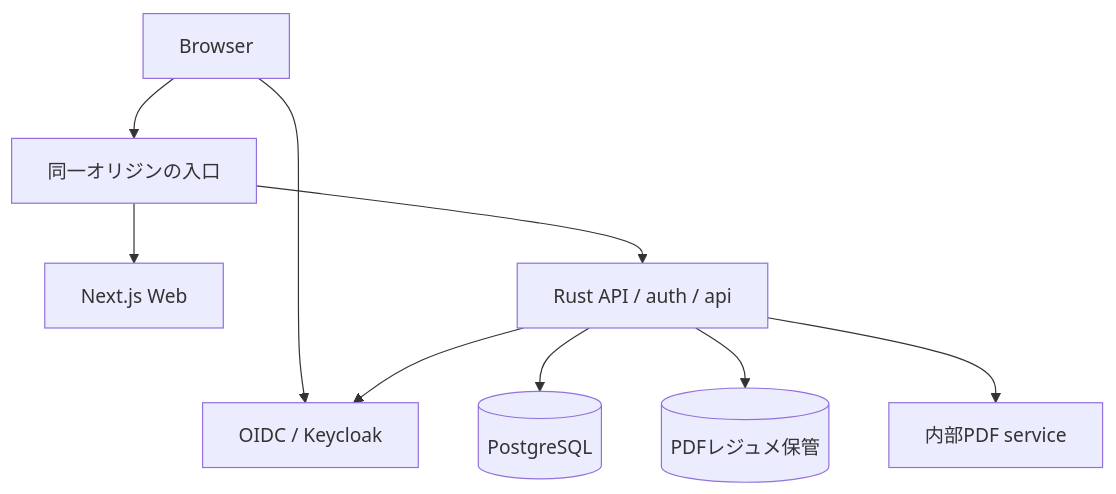
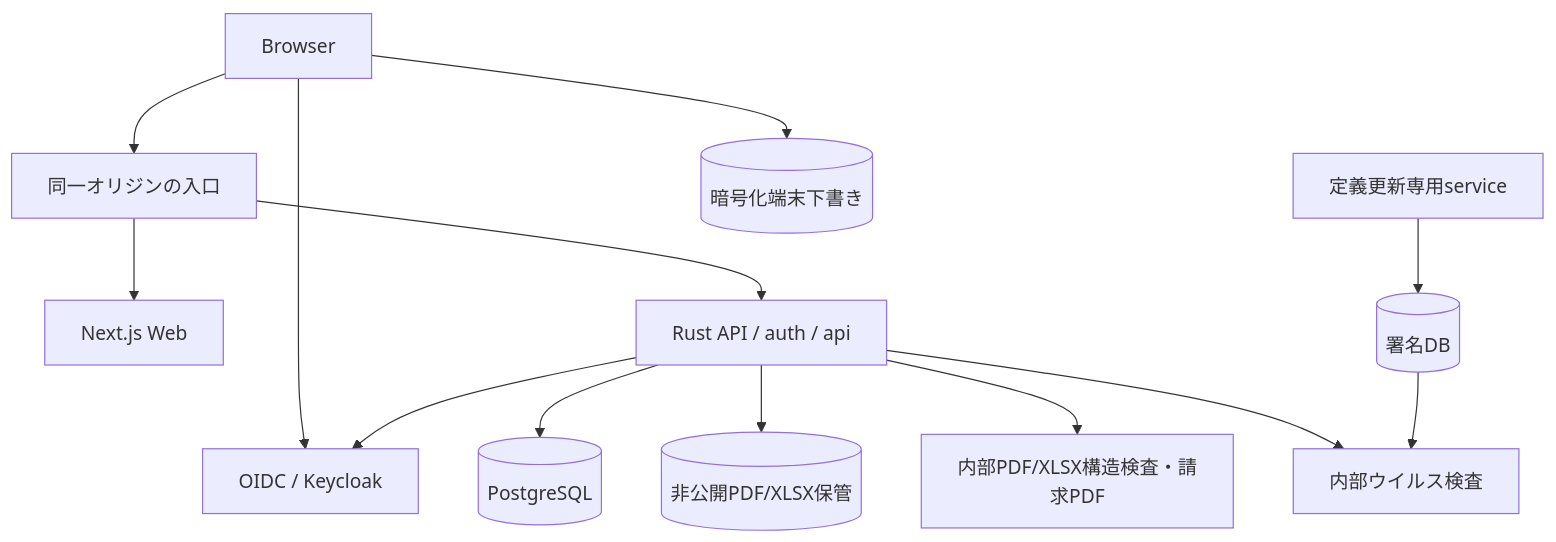
One commit to mt4110/recruitment-platform changed the diagram in docs/design/03-architecture.md. Above: the diagram before and after it, drawn with Mermaid. The commit also changed other lines of this file and 11 other files, not shown here.

````diff
--- a/docs/design/03-architecture.md
+++ b/docs/design/03-architecture.md
@@ -9,11 +9,15 @@
 ```mermaid
 flowchart TB
     B[Browser] --> G[同一オリジンの入口]
     G --> W[Next.js Web]
     G --> A[Rust API / auth / api]
     B --> I[OIDC / Keycloak]
     A --> I
     A --> D[(PostgreSQL)]
-    A --> F[(PDFレジュメ保管)]
-    A --> P[内部PDF service]
+    A --> F[(非公開PDF/XLSX保管)]
+    A --> P[内部PDF/XLSX構造検査・請求PDF]
+    A --> S[内部ウイルス検査]
+    U[定義更新専用service] --> V[(署名DB)]
+    V --> S
+    B --> C[(暗号化端末下書き)]
 ```
````
